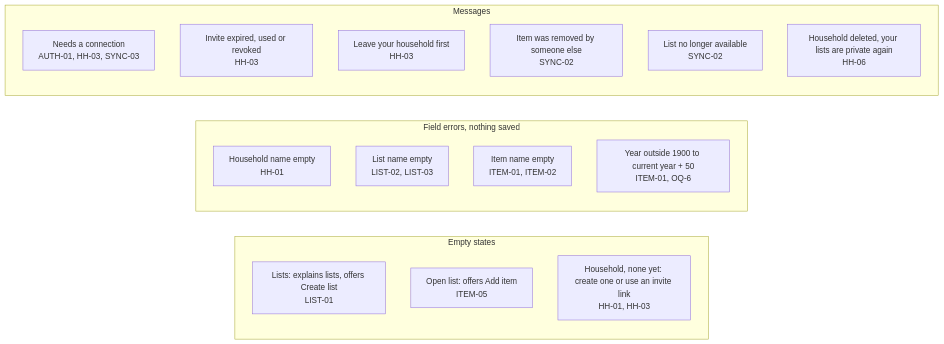
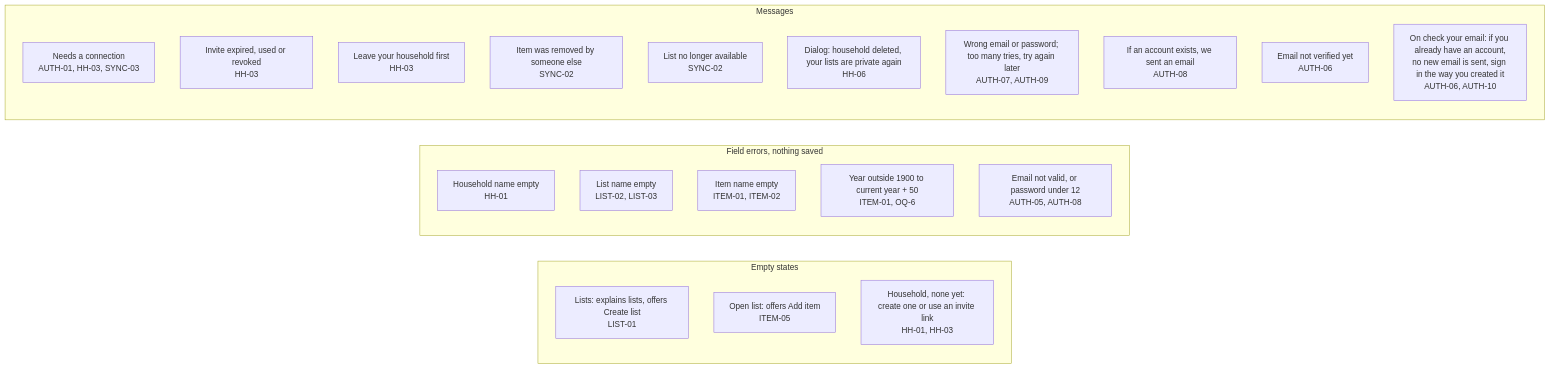
Before and after one commit to bondo/listicles2: diagram 11 of 11 in docs/product/flow.md, drawn with Mermaid. The commit also changed other lines of this file and 1 other file, not shown here.

````diff
--- a/docs/product/flow.md
+++ b/docs/product/flow.md
@@ -239,22 +275,27 @@
 ```mermaid
 flowchart LR
     subgraph empty ["Empty states"]
         e1["Lists: explains lists, offers Create list<br>LIST-01"]
         e2["Open list: offers Add item<br>ITEM-05"]
         e3["Household, none yet: create one or use an invite link<br>HH-01, HH-03"]
     end
     subgraph field ["Field errors, nothing saved"]
         f1["Household name empty<br>HH-01"]
         f2["List name empty<br>LIST-02, LIST-03"]
         f3["Item name empty<br>ITEM-01, ITEM-02"]
         f4["Year outside 1900 to current year + 50<br>ITEM-01, OQ-6"]
+        f5["Email not valid, or password under 12<br>AUTH-05, AUTH-08"]
     end
     subgraph msg ["Messages"]
         m1["Needs a connection<br>AUTH-01, HH-03, SYNC-03"]
         m2["Invite expired, used or revoked<br>HH-03"]
         m3["Leave your household first<br>HH-03"]
         m4["Item was removed by someone else<br>SYNC-02"]
         m5["List no longer available<br>SYNC-02"]
-        m6["Household deleted, your lists are private again<br>HH-06"]
+        m6["Dialog: household deleted, your lists are private again<br>HH-06"]
+        m7["Wrong email or password; too many tries, try again later<br>AUTH-07, AUTH-09"]
+        m8["If an account exists, we sent an email<br>AUTH-08"]
+        m9["Email not verified yet<br>AUTH-06"]
+        m10["On check your email: if you already have an account,<br>no new email is sent, sign in the way you created it<br>AUTH-06, AUTH-10"]
     end
 ```
````
